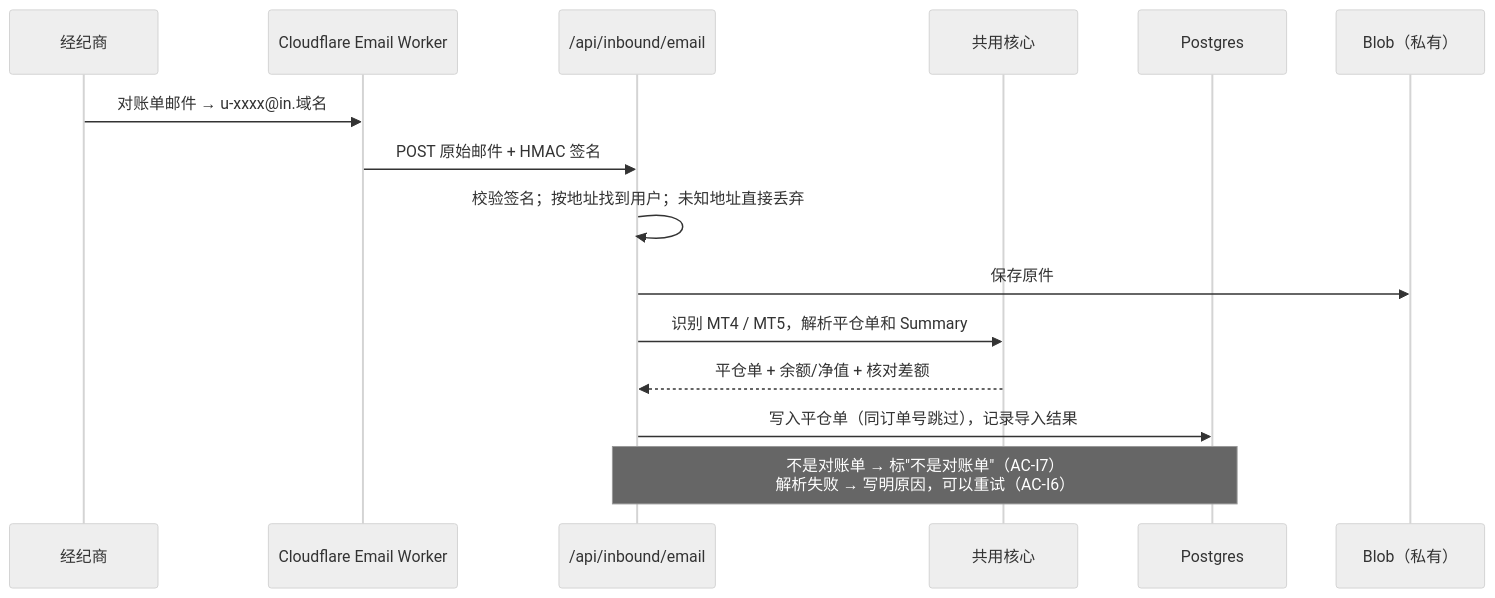
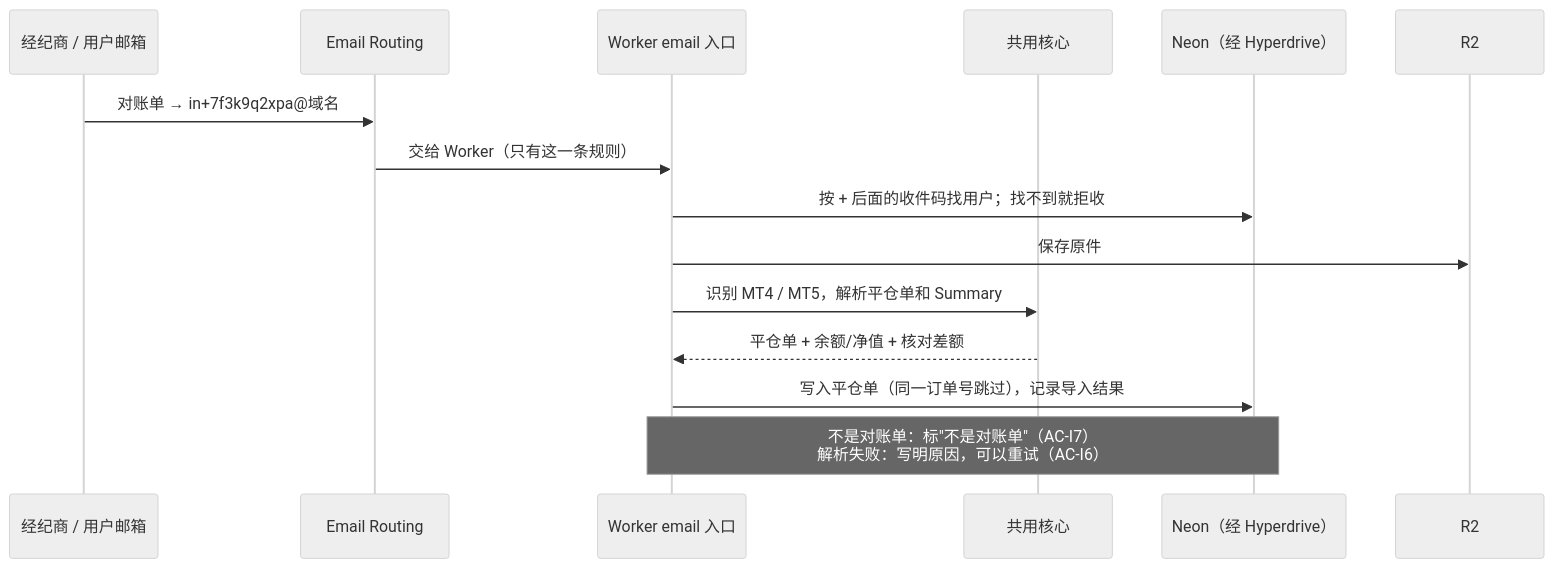
One commit to dollar3651314/trading-journal changed the second of 4 diagrams in 00-架构方案.md. Above: the diagram before and after it, drawn with Mermaid (neutral theme). The commit also changed other lines of this file and 15 other files, not shown here.

First line of the commit message:
架构方案 v0.2 草稿：平台改为 Cloudflare Workers、Vite + React + Hono、子地址收件；风格方向 1 的效果图 13 张

````diff
--- a/00-架构方案.md
+++ b/00-架构方案.md
@@ -118,17 +126,17 @@
 ```mermaid
 sequenceDiagram
-    participant Broker as 经纪商
-    participant CF as Cloudflare Email Worker
-    participant API as /api/inbound/email
+    participant Broker as 经纪商 / 用户邮箱
+    participant ER as Email Routing
+    participant EM as Worker email 入口
     participant Core as 共用核心
-    participant DB as Postgres
-    participant Blob as Blob（私有）
-    Broker->>CF: 对账单邮件 → u-xxxx@in.域名
-    CF->>API: POST 原始邮件 + HMAC 签名
-    API->>API: 校验签名；按地址找到用户；未知地址直接丢弃
-    API->>Blob: 保存原件
-    API->>Core: 识别 MT4 / MT5，解析平仓单和 Summary
-    Core-->>API: 平仓单 + 余额/净值 + 核对差额
-    API->>DB: 写入平仓单（同订单号跳过），记录导入结果
-    Note over API,DB: 不是对账单 → 标"不是对账单"（AC-I7）<br/>解析失败 → 写明原因，可以重试（AC-I6）
+    participant DB as Neon（经 Hyperdrive）
+    participant R2 as R2
+    Broker->>ER: 对账单 → in+7f3k9q2xpa@域名
+    ER->>EM: 交给 Worker（只有这一条规则）
+    EM->>DB: 按 + 后面的收件码找用户；找不到就拒收
+    EM->>R2: 保存原件
+    EM->>Core: 识别 MT4 / MT5，解析平仓单和 Summary
+    Core-->>EM: 平仓单 + 余额/净值 + 核对差额
+    EM->>DB: 写入平仓单（同一订单号跳过），记录导入结果
+    Note over EM,DB: 不是对账单：标"不是对账单"（AC-I7）<br/>解析失败：写明原因，可以重试（AC-I6）
 ```
````
